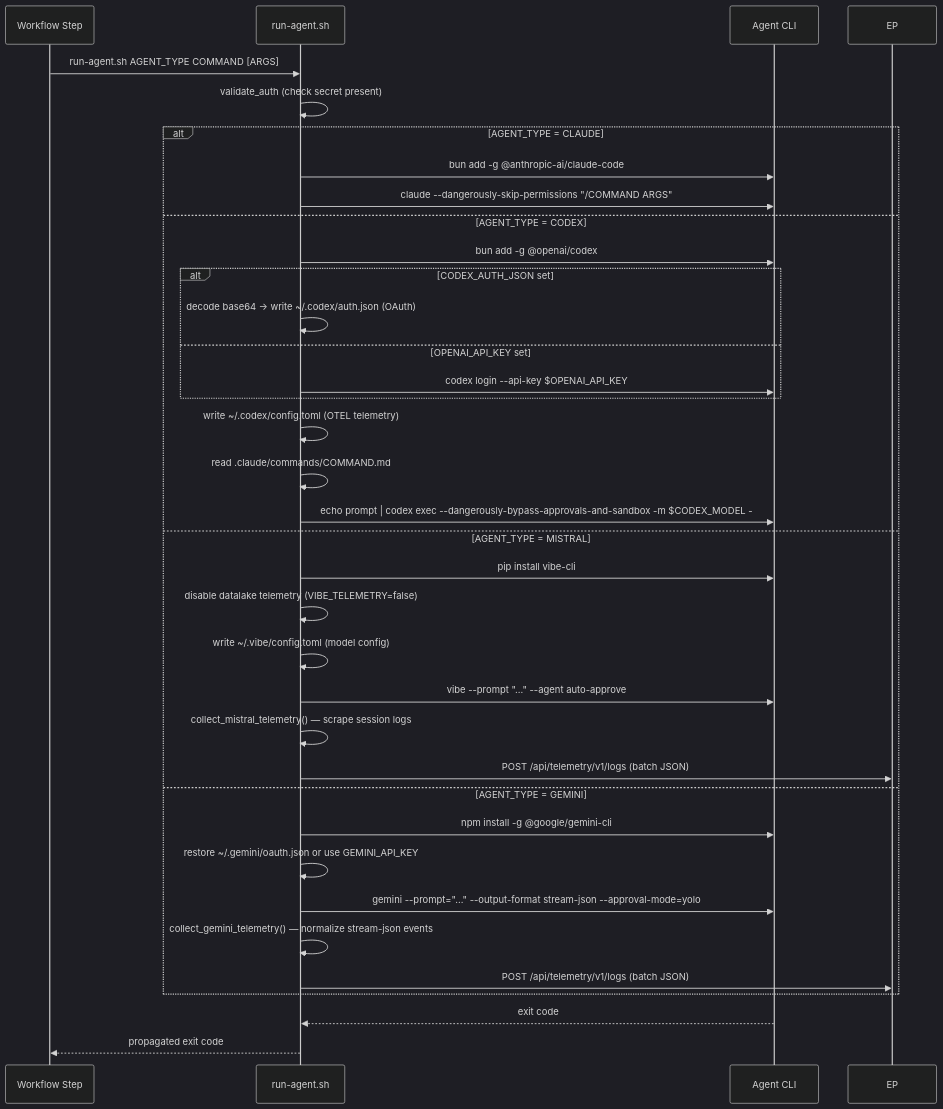
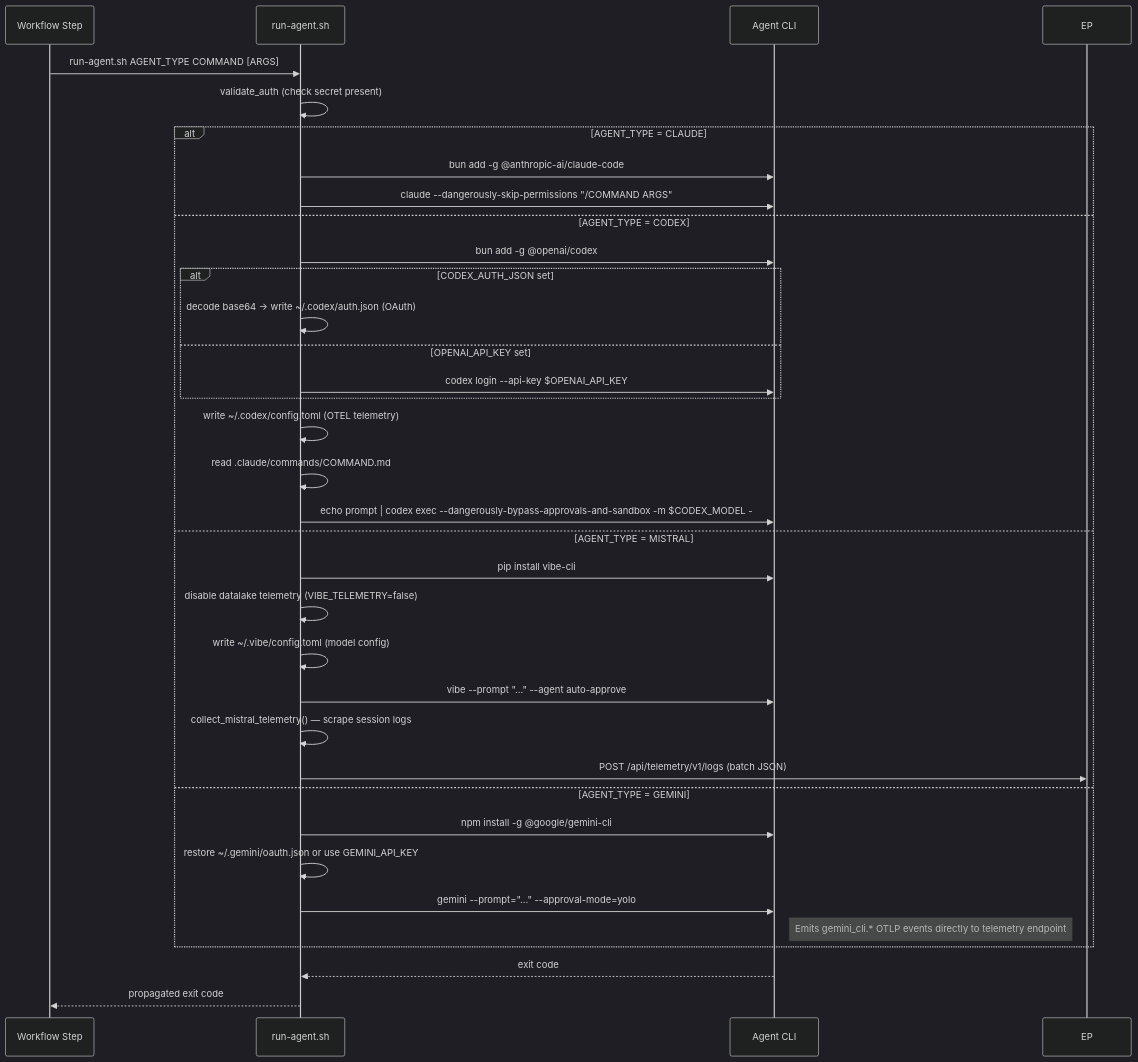
The second of 5 diagrams in specs/specifications/technical/implementation/integrations.md (bfernandez31/ai-board), drawn with Mermaid (dark theme) before and after one commit. The commit also changed other lines of this file and 2 other files, not shown here.

````diff
--- a/specs/specifications/technical/implementation/integrations.md
+++ b/specs/specifications/technical/implementation/integrations.md
@@ -494,38 +494,37 @@
 ```mermaid
 sequenceDiagram
     participant WF as Workflow Step
     participant RS as run-agent.sh
     participant CLI as Agent CLI
 
     WF->>RS: run-agent.sh AGENT_TYPE COMMAND [ARGS]
     RS->>RS: validate_auth (check secret present)
     alt AGENT_TYPE = CLAUDE
         RS->>CLI: bun add -g @anthropic-ai/claude-code
         RS->>CLI: claude --dangerously-skip-permissions "/COMMAND ARGS"
     else AGENT_TYPE = CODEX
         RS->>CLI: bun add -g @openai/codex
         alt CODEX_AUTH_JSON set
             RS->>RS: decode base64 → write ~/.codex/auth.json (OAuth)
         else OPENAI_API_KEY set
             RS->>CLI: codex login --api-key $OPENAI_API_KEY
         end
         RS->>RS: write ~/.codex/config.toml (OTEL telemetry)
         RS->>RS: read .claude/commands/COMMAND.md
         RS->>CLI: echo prompt | codex exec --dangerously-bypass-approvals-and-sandbox -m $CODEX_MODEL -
     else AGENT_TYPE = MISTRAL
         RS->>CLI: pip install vibe-cli
         RS->>RS: disable datalake telemetry (VIBE_TELEMETRY=false)
         RS->>RS: write ~/.vibe/config.toml (model config)
         RS->>CLI: vibe --prompt "..." --agent auto-approve
         RS->>RS: collect_mistral_telemetry() — scrape session logs
         RS->>EP: POST /api/telemetry/v1/logs (batch JSON)
     else AGENT_TYPE = GEMINI
         RS->>CLI: npm install -g @google/gemini-cli
         RS->>RS: restore ~/.gemini/oauth.json or use GEMINI_API_KEY
-        RS->>CLI: gemini --prompt="..." --output-format stream-json --approval-mode=yolo
-        RS->>RS: collect_gemini_telemetry() — normalize stream-json events
-        RS->>EP: POST /api/telemetry/v1/logs (batch JSON)
+        RS->>CLI: gemini --prompt="..." --approval-mode=yolo
+        Note right of CLI: Emits gemini_cli.* OTLP events directly to telemetry endpoint
     end
     CLI-->>RS: exit code
     RS-->>WF: propagated exit code
 ```
````
